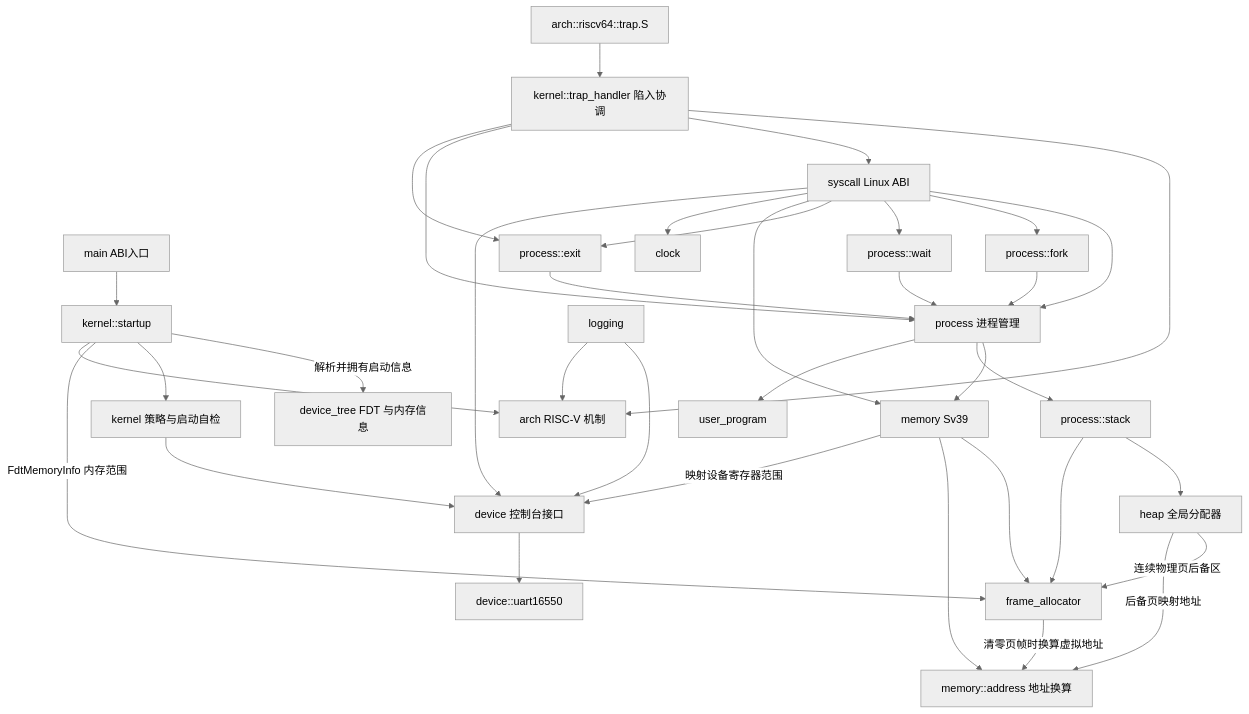
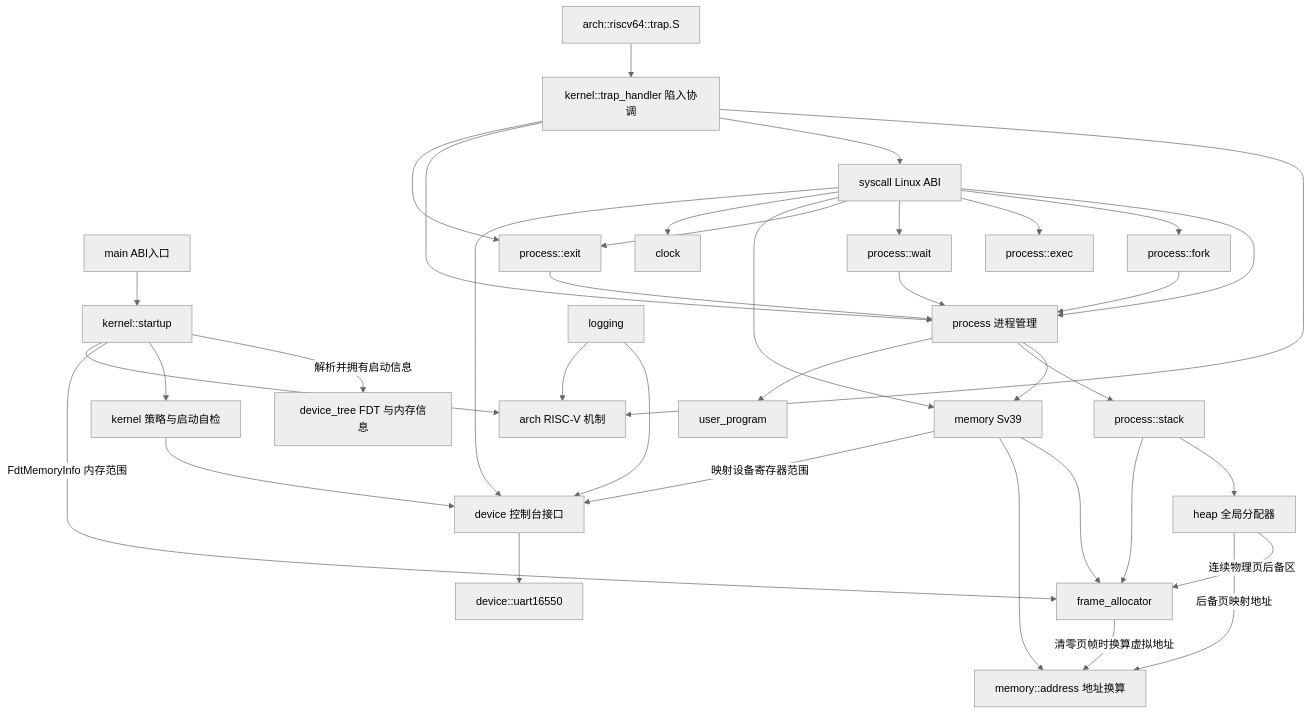
Before and after one commit to logeable/fullemu: the diagram in docs/architecture.md, drawn with Mermaid (neutral theme). The commit also changed other lines of this file and 14 other files, not shown here.

````diff
--- a/docs/architecture.md
+++ b/docs/architecture.md
@@ -71,38 +72,39 @@
 ```mermaid
 flowchart TD
     Main[main ABI入口] --> Startup[kernel::startup]
     Startup -->|解析并拥有启动信息| DeviceTree[device_tree FDT 与内存信息]
     Startup --> Kernel[kernel 策略与启动自检]
     Startup -->|FdtMemoryInfo 内存范围| Frames[frame_allocator]
     Heap[heap 全局分配器] -->|连续物理页后备区| Frames
     Heap -->|后备页映射地址| Address[memory::address 地址换算]
     Startup --> Arch[arch RISC-V 机制]
     Kernel --> Device[device 控制台接口]
     Device --> Uart[device::uart16550]
     ArchTrap[arch::riscv64::trap.S] --> TrapHandler[kernel::trap_handler 陷入协调]
     TrapHandler --> Arch
     TrapHandler --> Syscall[syscall Linux ABI]
     TrapHandler --> Process[process 进程管理]
     Syscall --> Process[process 进程管理]
     Syscall --> Fork[process::fork]
+    Syscall --> Exec[process::exec]
     Syscall --> Wait[process::wait]
     Syscall --> Exit[process::exit]
     TrapHandler --> Exit
     Fork --> Process
     Wait --> Process
     Exit --> Process
     Memory[memory Sv39] --> Frames
     Memory --> Address
     Frames -->|清零页帧时换算虚拟地址| Address
     Memory -->|映射设备寄存器范围| Device
     Process --> Memory
     Process --> Stack[process::stack]
     Stack --> Heap
     Stack --> Frames
     Process --> Program[user_program]
     Syscall --> Memory
     Syscall --> Clock[clock]
     Syscall --> Device
     Logging[logging] --> Device
     Logging --> Arch
 ```
````
